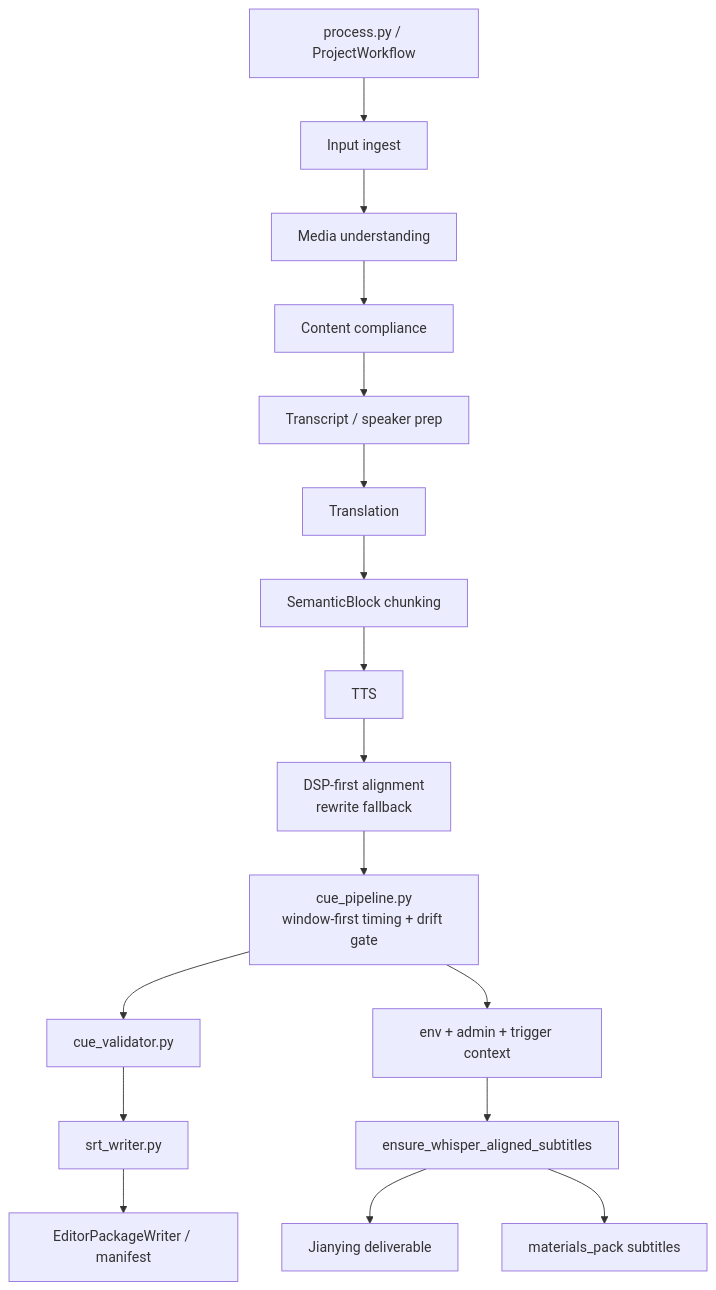
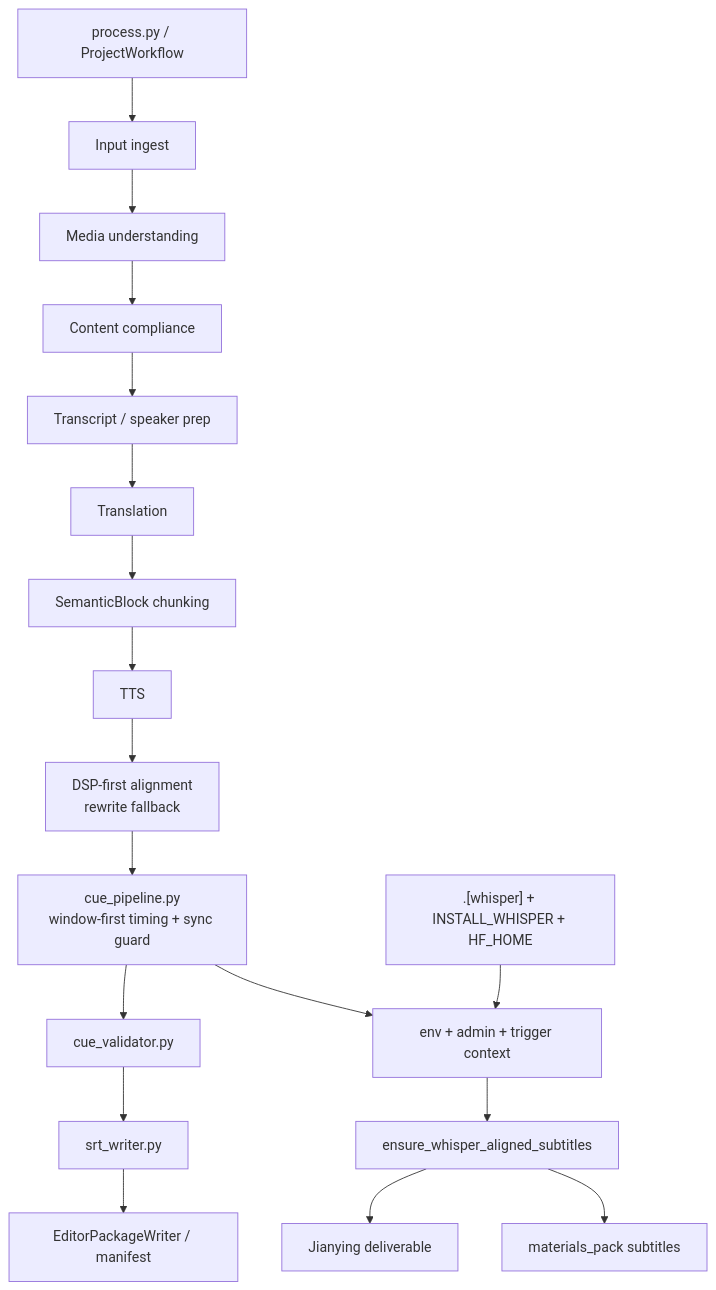
One commit to sun9bear/AITransVideo changed the diagram in docs/graphs/GITNEXUS_WORKFLOW_CORE_GRAPH.md. Above: the diagram before and after it, drawn with Mermaid. The commit also changed other lines of this file and 6 other files, not shown here.

Commit message:
docs(graphs): refresh GitNexus graphs to 5c88213

````diff
--- a/docs/graphs/GITNEXUS_WORKFLOW_CORE_GRAPH.md
+++ b/docs/graphs/GITNEXUS_WORKFLOW_CORE_GRAPH.md
@@ -16,21 +16,22 @@
 ```mermaid
 graph TD
     Entry["process.py / ProjectWorkflow"] --> Ingestion["Input ingest"]
     Ingestion --> Media["Media understanding"]
     Media --> Compliance["Content compliance"]
     Compliance --> Transcript["Transcript / speaker prep"]
     Transcript --> Translation["Translation"]
     Translation --> Blocks["SemanticBlock chunking"]
     Blocks --> TTS["TTS"]
     TTS --> Alignment["DSP-first alignment<br/>rewrite fallback"]
 
-    Alignment --> CueGate["cue_pipeline.py<br/>window-first timing + drift gate"]
+    Alignment --> CueGate["cue_pipeline.py<br/>window-first timing + sync guard"]
     CueGate --> Validator["cue_validator.py"]
     Validator --> SRT["srt_writer.py"]
     SRT --> Editor["EditorPackageWriter / manifest"]
 
-    CueGate --> WhisperGate["env + admin + trigger context"]
+    WhisperCap[".[whisper] + INSTALL_WHISPER + HF_HOME"] --> WhisperGate["env + admin + trigger context"]
+    CueGate --> WhisperGate
     WhisperGate --> DeliverableEnsure["ensure_whisper_aligned_subtitles"]
     DeliverableEnsure --> JDraft["Jianying deliverable"]
     DeliverableEnsure --> Pack["materials_pack subtitles"]
 ```
````
